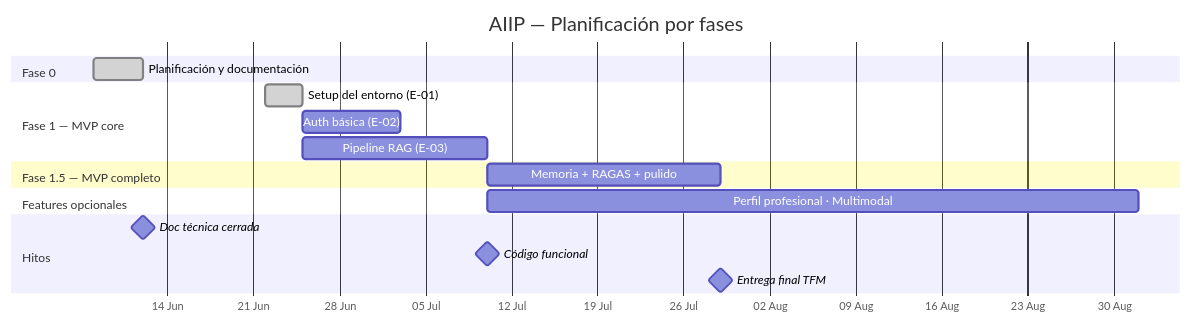
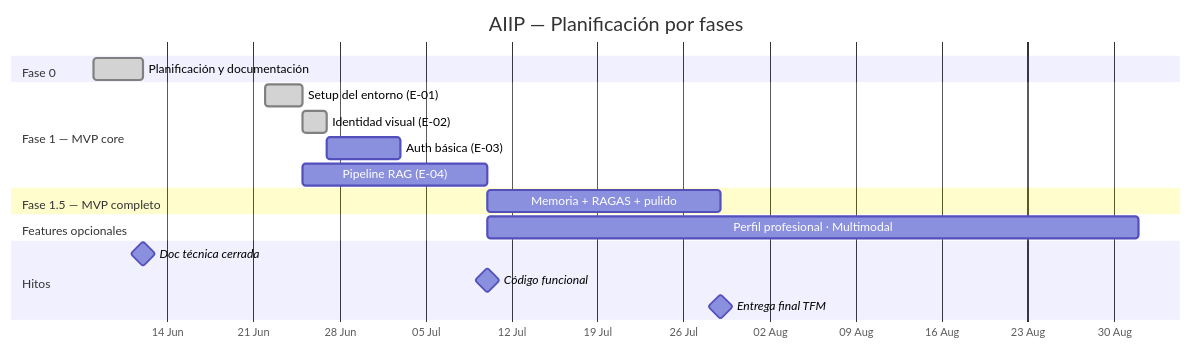
Before and after one commit to mimpho/aiip: the diagram in README.md, drawn with Mermaid. The commit also changed 12 other files, not shown here.

````diff
--- a/README.md
+++ b/README.md
@@ -46,25 +46,26 @@
 ```mermaid
 gantt
     title AIIP — Planificación por fases
     dateFormat  YYYY-MM-DD
     axisFormat  %d %b
 
     section Fase 0
     Planificación y documentación     :done,    f0, 2026-06-08, 2026-06-12
 
     section Fase 1 — MVP core
     Setup del entorno (E-01)          :done,    f1a, 2026-06-22, 2026-06-25
-    Auth básica (E-02)                :         f1b, 2026-06-25, 2026-07-03
-    Pipeline RAG (E-03)               :         f1c, 2026-06-25, 2026-07-10
+    Identidad visual (E-02)           :done,    f1b, 2026-06-25, 2026-06-27
+    Auth básica (E-03)                :         f1c, 2026-06-27, 2026-07-03
+    Pipeline RAG (E-04)               :         f1d, 2026-06-25, 2026-07-10
 
     section Fase 1.5 — MVP completo
     Memoria + RAGAS + pulido          :         f15, 2026-07-10, 2026-07-29
 
     section Features opcionales
     Perfil profesional · Multimodal   :         fo, 2026-07-10, 2026-09-01
 
     section Hitos
     Doc técnica cerrada               :milestone, 2026-06-12, 0d
     Código funcional                  :milestone, 2026-07-10, 0d
     Entrega final TFM                 :milestone, 2026-07-29, 0d
 ```
````
